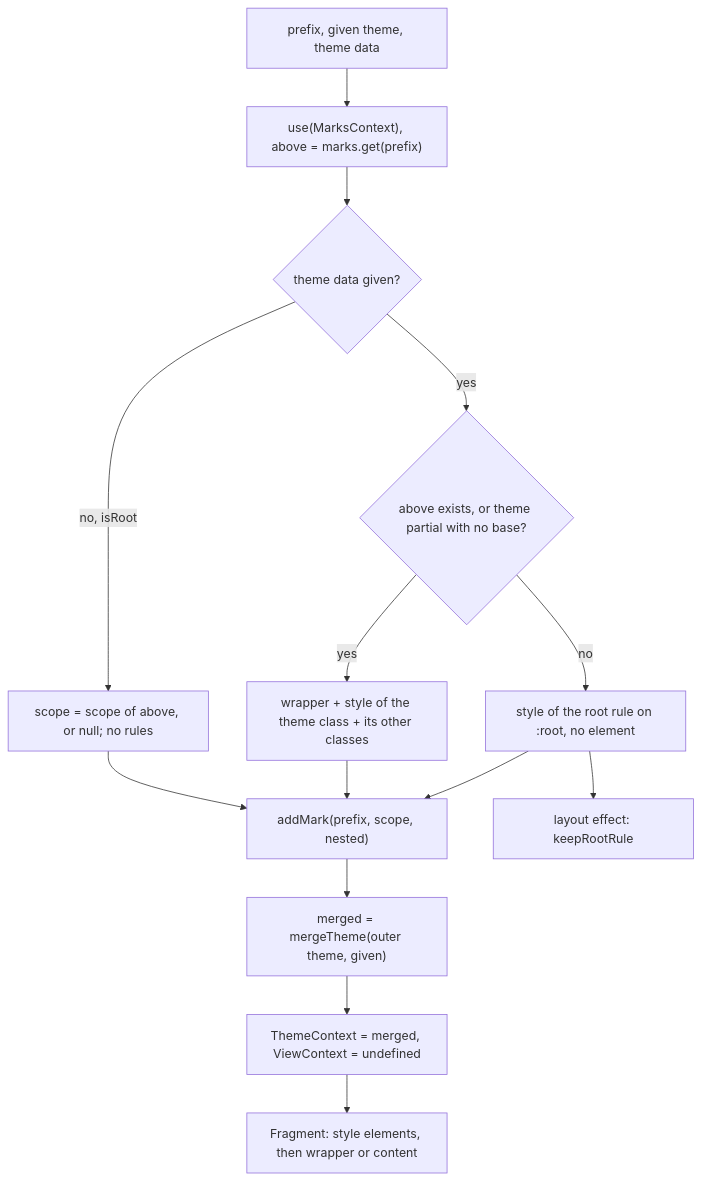
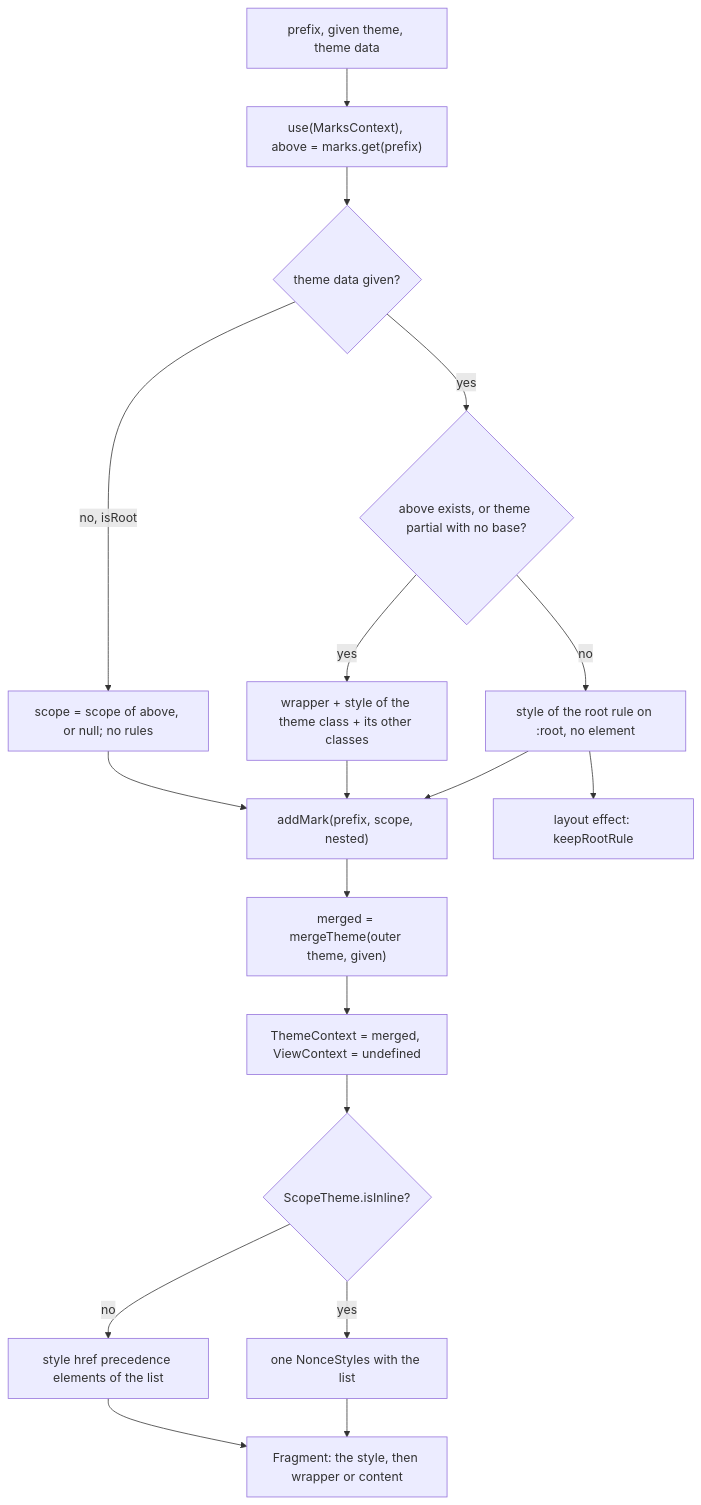
One commit to soroush-tech/umber-style changed the diagram in packages/react/src/ProviderScope.md. Above: the diagram before and after it, drawn with Mermaid. The commit also changed other lines of this file and 67 other files, not shown here.

Commit message:
feat: a page of server components keeps its styles under a strict nonce policy on Next.js, from a source or a fixed nonce, and a warm render does not redo the value repair and style elements of classes it has - close #66, close #68

````diff
--- a/packages/react/src/ProviderScope.md
+++ b/packages/react/src/ProviderScope.md
@@ -24,16 +24,20 @@
 ```mermaid
 flowchart TD
   props["prefix, given theme, theme data"] --> marks["use(MarksContext), above = marks.get(prefix)"]
   marks --> hasTheme{"theme data given?"}
   hasTheme -->|no, isRoot| passScope["scope = scope of above, or null; no rules"]
   hasTheme -->|yes| nested{"above exists, or theme partial with no base?"}
   nested -->|yes| nestedOut["wrapper + style of the theme class + its other classes"]
   nested -->|no| rootOut["style of the root rule on :root, no element"]
   nestedOut --> mark["addMark(prefix, scope, nested)"]
   rootOut --> mark
   passScope --> mark
   mark --> merge["merged = mergeTheme(outer theme, given)"]
   merge --> ctx["ThemeContext = merged, ViewContext = undefined"]
   rootOut --> keep["layout effect: keepRootRule"]
-  ctx --> out["Fragment: style elements, then wrapper or content"]
+  ctx --> inline{"ScopeTheme.isInline?"}
+  inline -->|no| hoisted["style href precedence elements of the list"]
+  inline -->|yes| nonceStyles["one NonceStyles with the list"]
+  hoisted --> out["Fragment: the style, then wrapper or content"]
+  nonceStyles --> out
 ```
````
